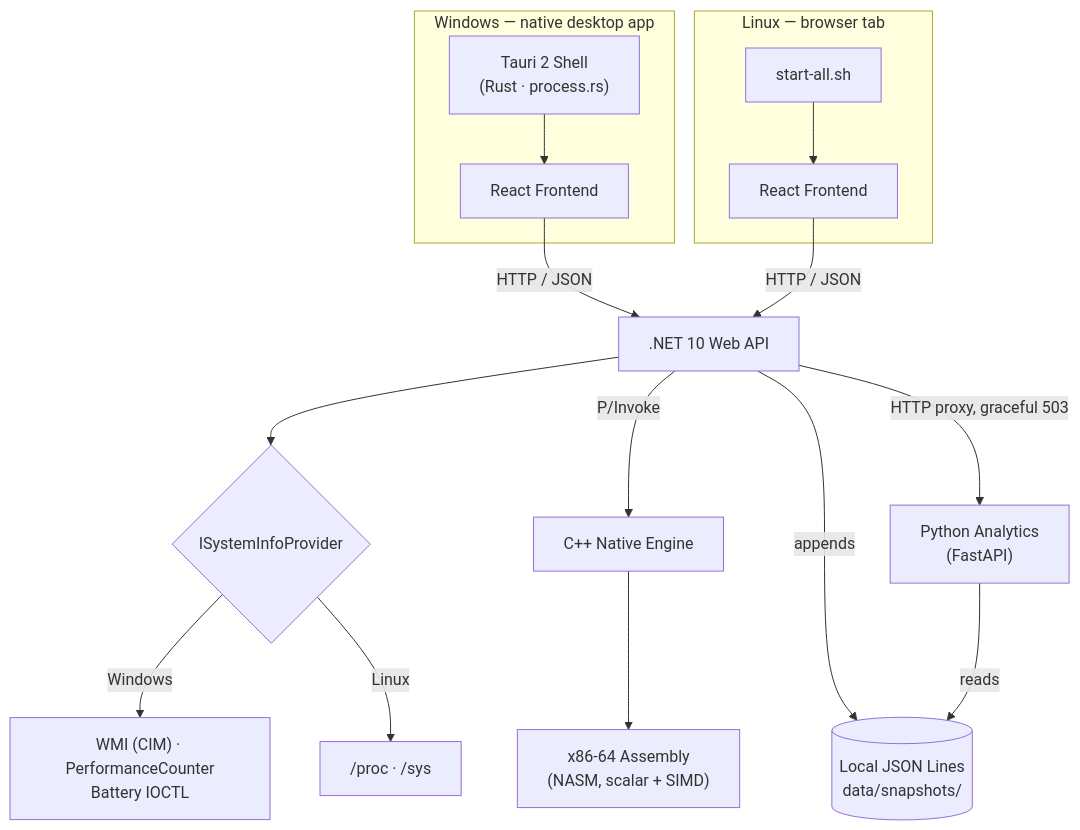
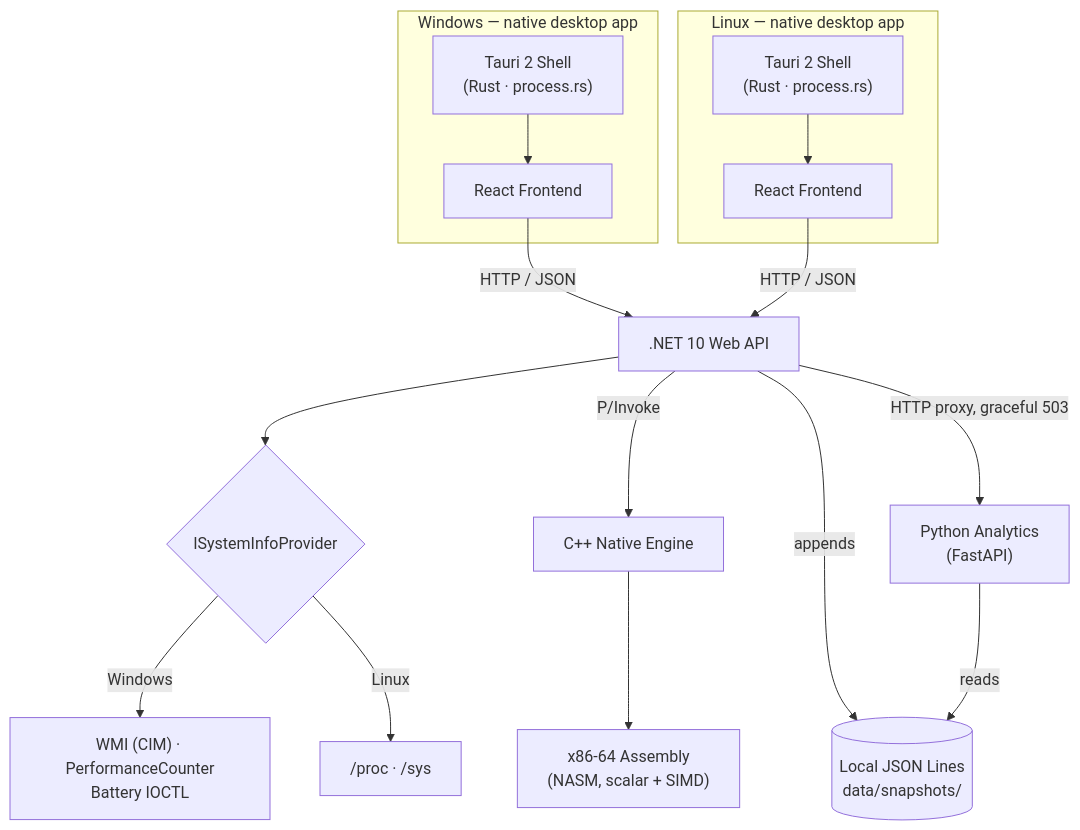
Before and after one commit to VipulSharma143/System-Info: the diagram in README.md, drawn with Mermaid. The commit also changed other lines of this file and 18 other files, not shown here.

First line of the commit message:
Fix Linux packaging: ship the Tauri desktop shell, not start-all.sh (v2.1.4)

````diff
--- a/README.md
+++ b/README.md
@@ -46,21 +46,21 @@
 ```mermaid
 flowchart TB
     subgraph Windows["Windows — native desktop app"]
         TW["Tauri 2 Shell\n(Rust · process.rs)"] --> FEW[React Frontend]
     end
-    subgraph Linux["Linux — browser tab"]
-        BR["start-all.sh"] --> FEL[React Frontend]
+    subgraph Linux["Linux — native desktop app"]
+        TL["Tauri 2 Shell\n(Rust · process.rs)"] --> FEL[React Frontend]
     end
 
     FEW -- "HTTP / JSON" --> API[".NET 10 Web API"]
     FEL -- "HTTP / JSON" --> API
 
     API --> PROV{ISystemInfoProvider}
     PROV -->|Windows| WINP["WMI (CIM) · PerformanceCounter\nBattery IOCTL"]
     PROV -->|Linux| LINP["/proc · /sys"]
 
     API -- "P/Invoke" --> CPP["C++ Native Engine"] --> ASM["x86-64 Assembly\n(NASM, scalar + SIMD)"]
     API -- "HTTP proxy, graceful 503" --> PY["Python Analytics\n(FastAPI)"]
     API -- "appends" --> STORE[("Local JSON Lines\ndata/snapshots/")]
     PY -- "reads" --> STORE
 ```
````
